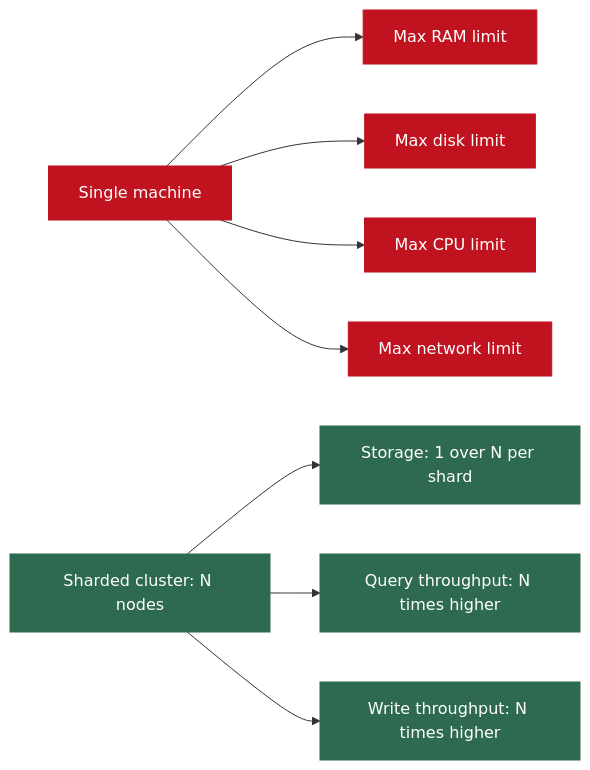
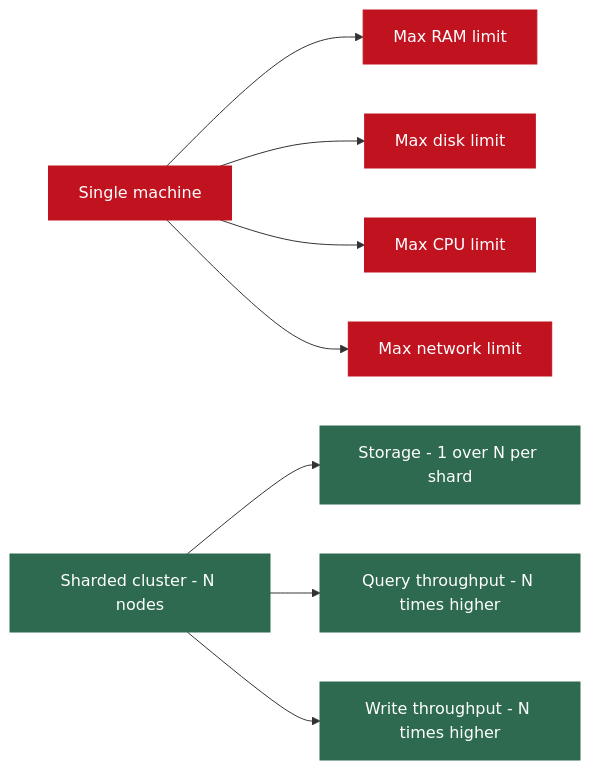
One commit to MuhammadTahaNasir/Big-Data-Analytics-Notes changed the fifth of 16 diagrams in Week3/Lecture3_Partitioning_Sharding_Caching_QueryOpt.md. Above: the diagram before and after it, drawn with Mermaid. The commit also changed other lines of this file, not shown here.

````diff
--- a/Week3/Lecture3_Partitioning_Sharding_Caching_QueryOpt.md
+++ b/Week3/Lecture3_Partitioning_Sharding_Caching_QueryOpt.md
@@ -201,21 +201,21 @@
 ```mermaid
 flowchart LR
     SM[Single machine] --> LIM1[Max RAM limit]
     SM --> LIM2[Max disk limit]
     SM --> LIM3[Max CPU limit]
     SM --> LIM4[Max network limit]
 
-    SHARD[Sharded cluster: N nodes] --> SH1[Storage: 1 over N per shard]
-    SHARD --> SH2[Query throughput: N times higher]
-    SHARD --> SH3[Write throughput: N times higher]
+    SHARD[Sharded cluster - N nodes] --> SH1[Storage - 1 over N per shard]
+    SHARD --> SH2[Query throughput - N times higher]
+    SHARD --> SH3[Write throughput - N times higher]
 
     style SM fill:#c1121f,color:#fff,stroke:#c1121f
     style LIM1 fill:#c1121f,color:#fff,stroke:#c1121f
     style LIM2 fill:#c1121f,color:#fff,stroke:#c1121f
     style LIM3 fill:#c1121f,color:#fff,stroke:#c1121f
     style LIM4 fill:#c1121f,color:#fff,stroke:#c1121f
     style SHARD fill:#2d6a4f,color:#fff,stroke:#2d6a4f
     style SH1 fill:#2d6a4f,color:#fff,stroke:#2d6a4f
     style SH2 fill:#2d6a4f,color:#fff,stroke:#2d6a4f
     style SH3 fill:#2d6a4f,color:#fff,stroke:#2d6a4f
 ```
````
